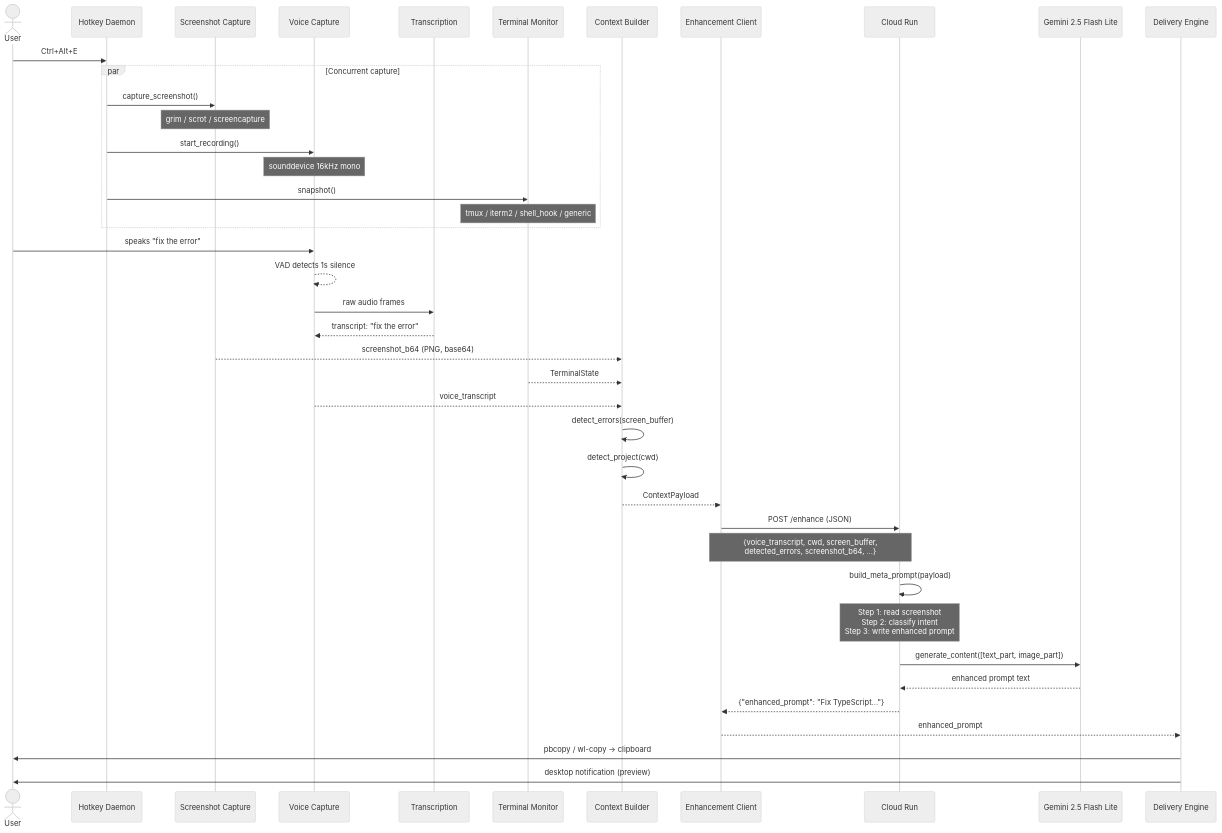
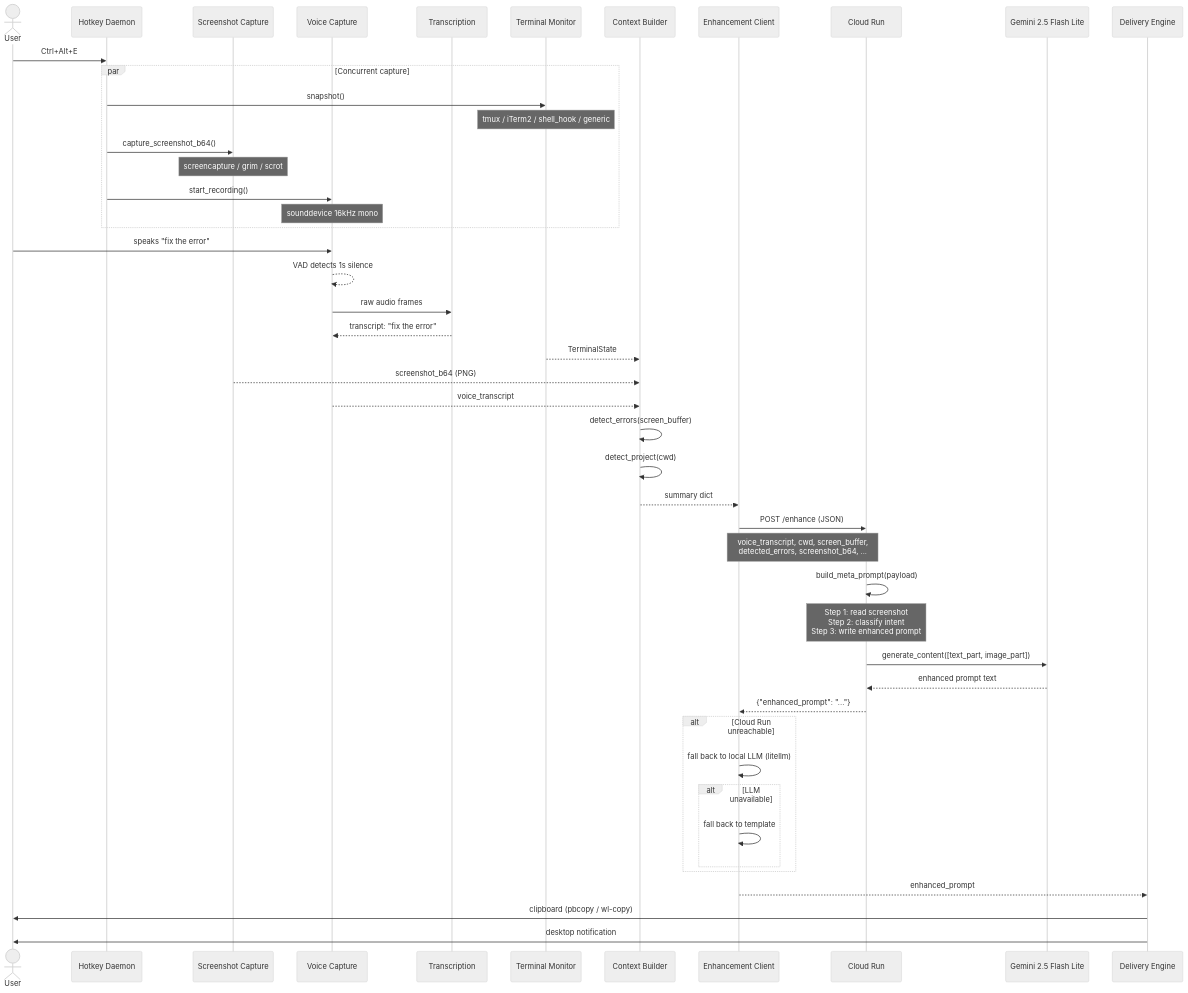
The second of 9 diagrams in docs/system_design.md (VinnyBabuManjaly/PromptShell), drawn with Mermaid (neutral theme) before and after one commit. The commit also changed other lines of this file and 4 other files, not shown here.

Commit message:
Add comprehensive documentation: README, system design, demo script, and updated architecture docs

````diff
--- a/docs/system_design.md
+++ b/docs/system_design.md
@@ -87,53 +67,60 @@
 ```mermaid
 sequenceDiagram
     actor User
     participant HK as Hotkey Daemon
     participant SC as Screenshot Capture
     participant VC as Voice Capture
     participant TR as Transcription
     participant TM as Terminal Monitor
     participant CB as Context Builder
     participant EC as Enhancement Client
     participant CR as Cloud Run
     participant GM as Gemini 2.5 Flash Lite
     participant DL as Delivery Engine
 
     User->>HK: Ctrl+Alt+E
 
     par Concurrent capture
-        HK->>SC: capture_screenshot()
-        Note over SC: grim / scrot / screencapture
+        HK->>TM: snapshot()
+        Note over TM: tmux / iTerm2 / shell_hook / generic
+        HK->>SC: capture_screenshot_b64()
+        Note over SC: screencapture / grim / scrot
         HK->>VC: start_recording()
         Note over VC: sounddevice 16kHz mono
-        HK->>TM: snapshot()
-        Note over TM: tmux / iterm2 / shell_hook / generic
     end
 
     User->>VC: speaks "fix the error"
     VC-->>VC: VAD detects 1s silence
     VC->>TR: raw audio frames
     TR-->>VC: transcript: "fix the error"
 
-    SC-->>CB: screenshot_b64 (PNG, base64)
     TM-->>CB: TerminalState
+    SC-->>CB: screenshot_b64 (PNG)
     VC-->>CB: voice_transcript
 
     CB->>CB: detect_errors(screen_buffer)
     CB->>CB: detect_project(cwd)
-    CB-->>EC: ContextPayload
+    CB-->>EC: summary dict
 
     EC->>CR: POST /enhance (JSON)
-    Note over EC,CR: {voice_transcript, cwd, screen_buffer,<br/>detected_errors, screenshot_b64, ...}
+    Note over EC,CR: voice_transcript, cwd, screen_buffer,<br/>detected_errors, screenshot_b64, ...
 
     CR->>CR: build_meta_prompt(payload)
     Note over CR: Step 1: read screenshot<br/>Step 2: classify intent<br/>Step 3: write enhanced prompt
 
     CR->>GM: generate_content([text_part, image_part])
     GM-->>CR: enhanced prompt text
 
-    CR-->>EC: {"enhanced_prompt": "Fix TypeScript..."}
+    CR-->>EC: {"enhanced_prompt": "..."}
+
+    alt Cloud Run unreachable
+        EC->>EC: fall back to local LLM (litellm)
+        alt LLM unavailable
+            EC->>EC: fall back to template
+        end
+    end
+
     EC-->>DL: enhanced_prompt
-
-    DL->>User: pbcopy / wl-copy → clipboard
-    DL->>User: desktop notification (preview)
+    DL->>User: clipboard (pbcopy / wl-copy)
+    DL->>User: desktop notification
 ```
````
